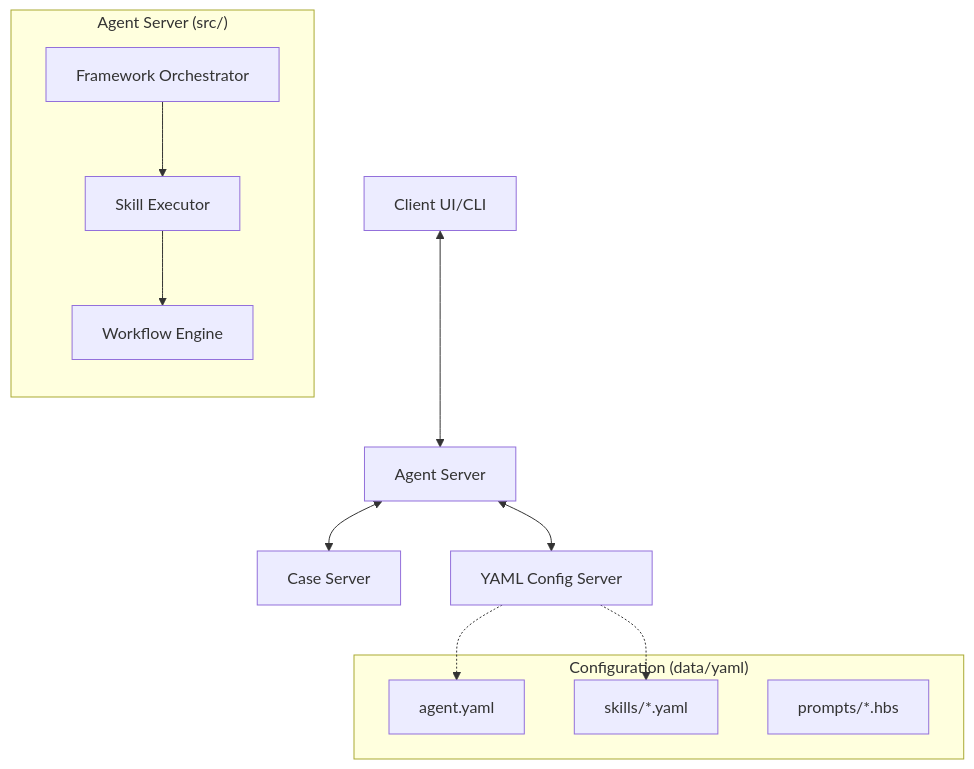
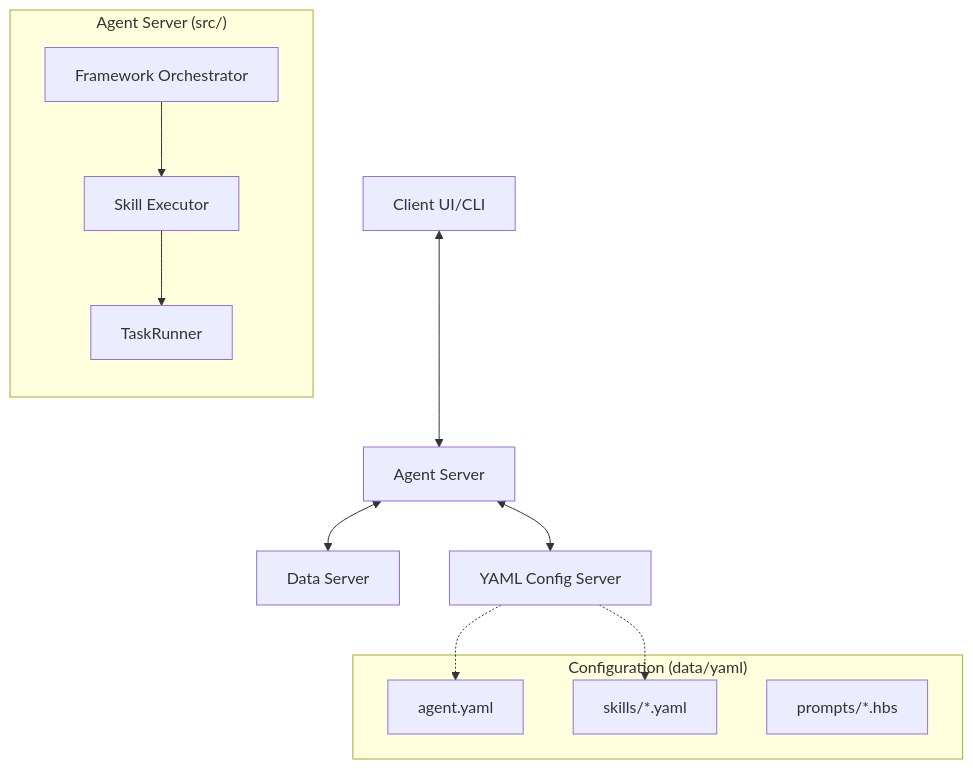
One commit to mbcwang-smxz/lexgent-demo changed the diagram in docs/prd.md. Above: the diagram before and after it, drawn with Mermaid. The commit also changed other lines of this file and 2 other files, not shown here.

````diff
--- a/docs/prd.md
+++ b/docs/prd.md
@@ -23,25 +23,25 @@
 ```mermaid
 graph TD
     Client[Client UI/CLI] <--> AgentServer[Agent Server]
-    AgentServer <--> CaseServer[Case Server]
+    AgentServer <--> DataServer[Data Server]
     AgentServer <--> YamlServer[YAML Config Server]
     
     subgraph "Agent Server (src/)"
         direction TB
         Orchestrator[Framework Orchestrator]
         Executor[Skill Executor]
-        Workflow[Workflow Engine]
+        Workflow[TaskRunner]
         
         Orchestrator --> Executor
         Executor --> Workflow
     end
 
     subgraph "Configuration (data/yaml)"
         AgentDef[agent.yaml]
         SkillDef[skills/*.yaml]
         PromptDef[prompts/*.hbs]
     end
     
     YamlServer -.-> AgentDef
     YamlServer -.-> SkillDef
 ```
````
